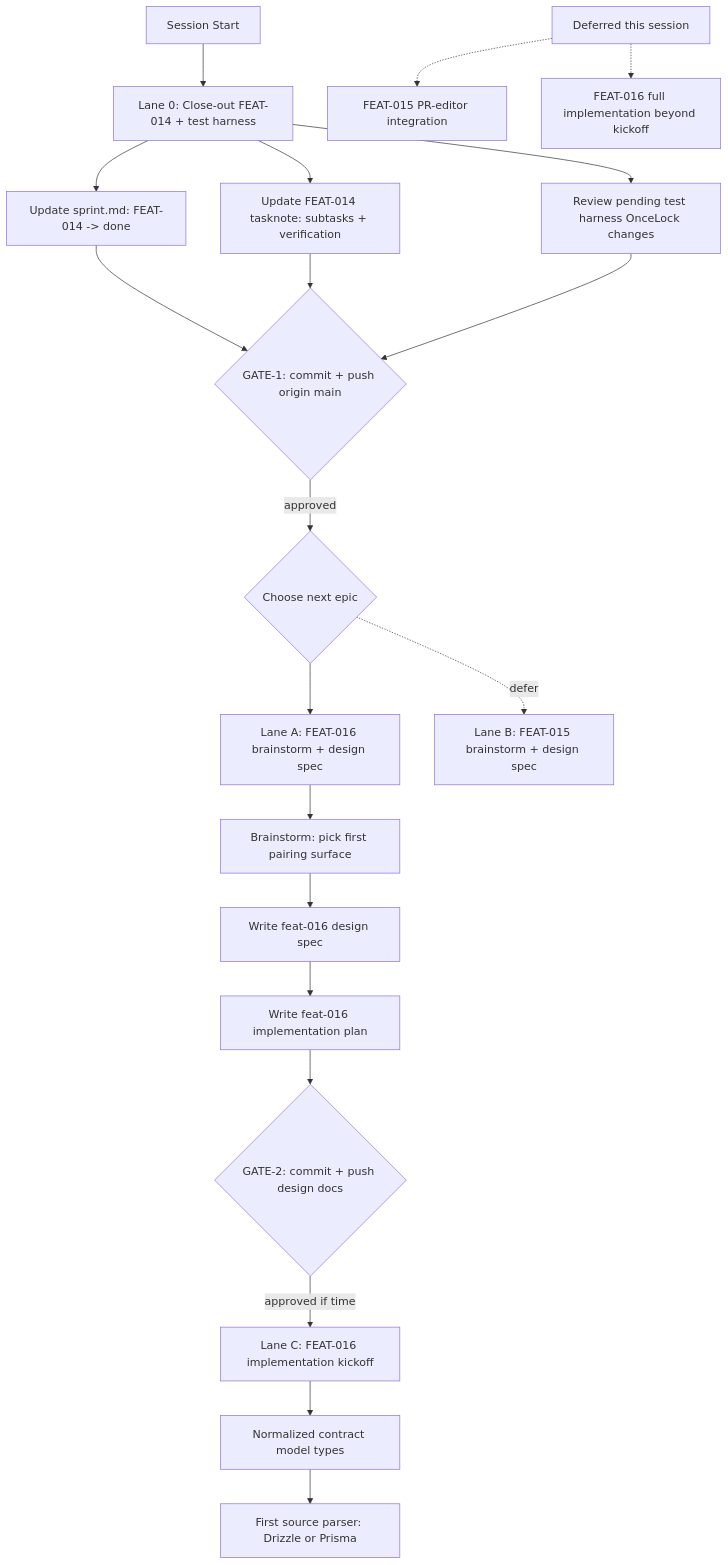
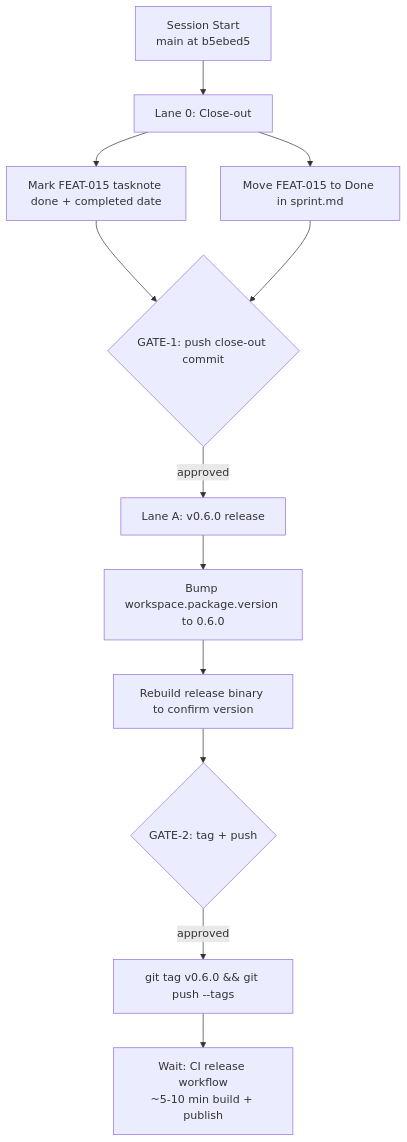
The diagram in .claude/session-brief.md (parisgroup-ai/graphify), drawn with Mermaid before and after one commit. The commit also changed other lines of this file and 2 other files, not shown here.

First line of the commit message:
chore(session): close Session 8 — FEAT-015 implementation shipped

````diff
--- a/.claude/session-brief.md
+++ b/.claude/session-brief.md
@@ -53,24 +12,14 @@
 ```mermaid
 graph TD
-    START[Session Start] --> LANE_0[Lane 0: Close-out FEAT-014 + test harness]
-    LANE_0 --> T0A[Update sprint.md: FEAT-014 -> done]
-    LANE_0 --> T0B[Update FEAT-014 tasknote: subtasks + verification]
-    LANE_0 --> T0C[Review pending test harness OnceLock changes]
-    T0A & T0B & T0C --> GATE1{GATE-1: commit + push origin main}
+    START[Session Start<br/>main at b5ebed5] --> LANE_0[Lane 0: Close-out]
+    LANE_0 --> T0A[Mark FEAT-015 tasknote done + completed date]
+    LANE_0 --> T0B[Move FEAT-015 to Done in sprint.md]
+    T0A & T0B --> GATE1{GATE-1: push close-out commit}
 
-    GATE1 -->|approved| FORK{Choose next epic}
-    FORK --> LANE_A[Lane A: FEAT-016 brainstorm + design spec]
-    FORK -.defer.-> LANE_B[Lane B: FEAT-015 brainstorm + design spec]
-
-    LANE_A --> A1[Brainstorm: pick first pairing surface]
-    A1 --> A2[Write feat-016 design spec]
-    A2 --> A3[Write feat-016 implementation plan]
-    A3 --> GATE2{GATE-2: commit + push design docs}
-
-    GATE2 -->|approved if time| LANE_C[Lane C: FEAT-016 implementation kickoff]
-    LANE_C --> C1[Normalized contract model types]
-    C1 --> C2[First source parser: Drizzle or Prisma]
-
-    DEFERRED[Deferred this session] -.-> D1[FEAT-015 PR-editor integration]
-    DEFERRED -.-> D2[FEAT-016 full implementation beyond kickoff]
+    GATE1 -->|approved| LANE_A[Lane A: v0.6.0 release]
+    LANE_A --> TA1[Bump workspace.package.version to 0.6.0]
+    TA1 --> TA2[Rebuild release binary to confirm version]
+    TA2 --> GATE2{GATE-2: tag + push}
+    GATE2 -->|approved| TA3[git tag v0.6.0 && git push --tags]
+    TA3 --> WAIT1[Wait: CI release workflow<br/>~5-10 min build + publish]
 ```
````
